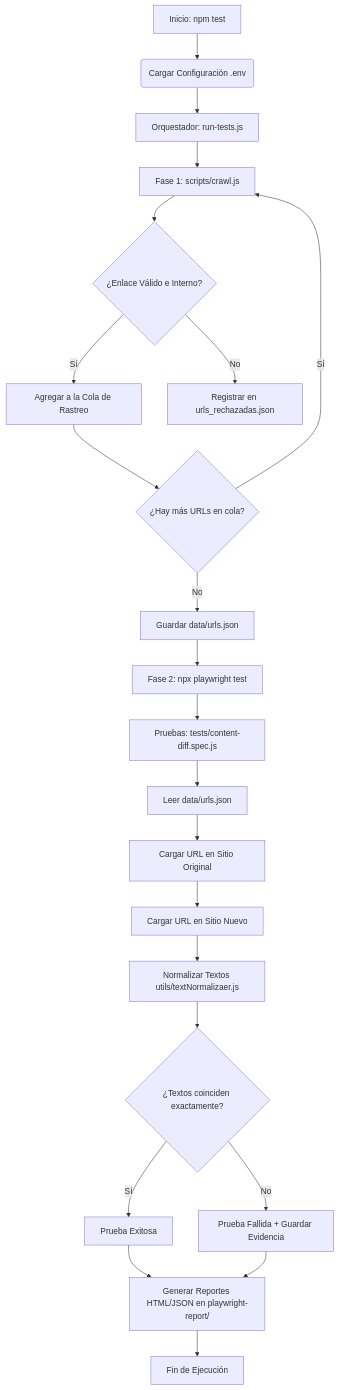
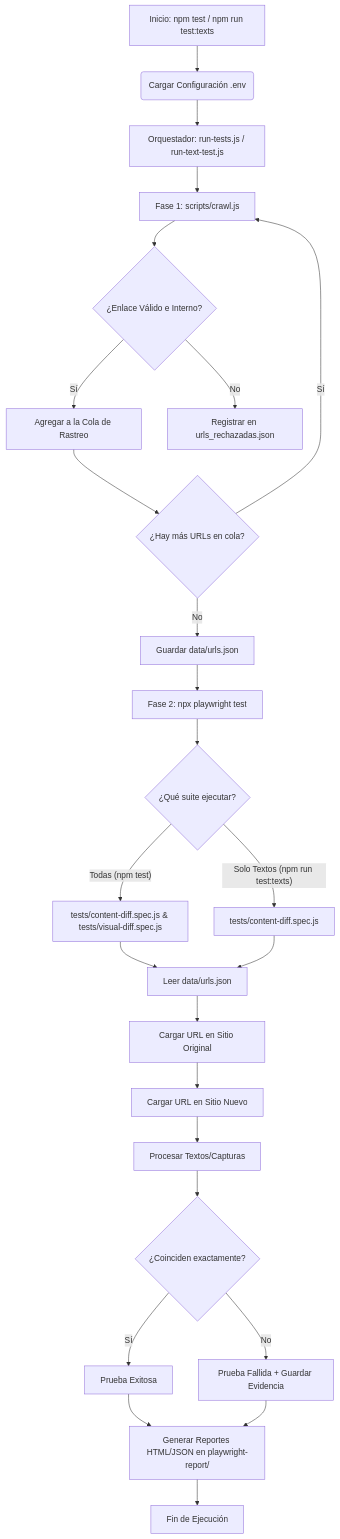
Before and after one commit to tgomez-jpg/content-migration-validator: the diagram in README.md, drawn with Mermaid. The commit also changed other lines of this file, not shown here.

````diff
--- a/README.md
+++ b/README.md
@@ -20,24 +21,26 @@
 ```mermaid
 graph TD
-    A[Inicio: npm test] --> B(Cargar Configuración .env)
-    B --> C[Orquestador: run-tests.js]
+    A[Inicio: npm test / npm run test:texts] --> B(Cargar Configuración .env)
+    B --> C[Orquestador: run-tests.js / run-text-test.js]
     C --> D[Fase 1: scripts/crawl.js]
     D --> E{¿Enlace Válido e Interno?}
     E -- Sí --> F[Agregar a la Cola de Rastreo]
     E -- No --> G[Registrar en urls_rechazadas.json]
     F --> H{¿Hay más URLs en cola?}
     H -- Sí --> D
     H -- No --> I[Guardar data/urls.json]
     I --> J[Fase 2: npx playwright test]
-    J --> K[Pruebas: tests/content-diff.spec.js]
-    K --> L[Leer data/urls.json]
-    L --> M[Cargar URL en Sitio Original]
-    M --> N[Cargar URL en Sitio Nuevo]
-    N --> O[Normalizar Textos utils/textNormalizaer.js]
-    O --> P{¿Textos coinciden exactamente?}
-    P -- Sí --> Q[Prueba Exitosa]
-    P -- No --> R[Prueba Fallida + Guardar Evidencia]
-    Q --> S[Generar Reportes HTML/JSON en playwright-report/]
-    R --> S
-    S --> T[Fin de Ejecución]
+    J --> K{¿Qué suite ejecutar?}
+    K -- Todas (npm test) --> L1[tests/content-diff.spec.js & tests/visual-diff.spec.js]
+    K -- Solo Textos (npm run test:texts) --> L2[tests/content-diff.spec.js]
+    L1 & L2 --> M[Leer data/urls.json]
+    M --> N[Cargar URL en Sitio Original]
+    N --> O[Cargar URL en Sitio Nuevo]
+    O --> P[Procesar Textos/Capturas]
+    P --> Q{¿Coinciden exactamente?}
+    Q -- Sí --> R[Prueba Exitosa]
+    Q -- No --> S[Prueba Fallida + Guardar Evidencia]
+    R --> T[Generar Reportes HTML/JSON en playwright-report/]
+    S --> T
+    T --> U[Fin de Ejecución]
 ```
````
